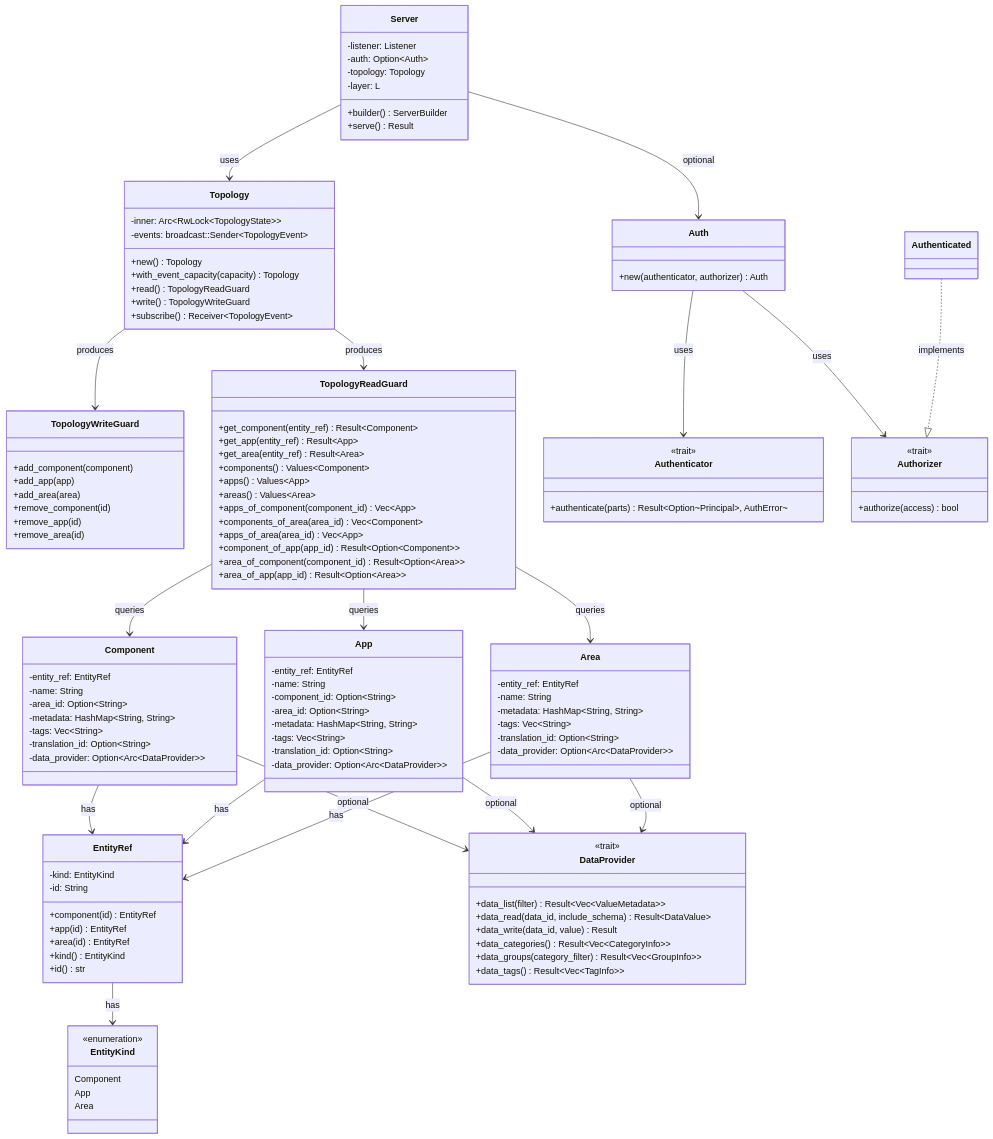
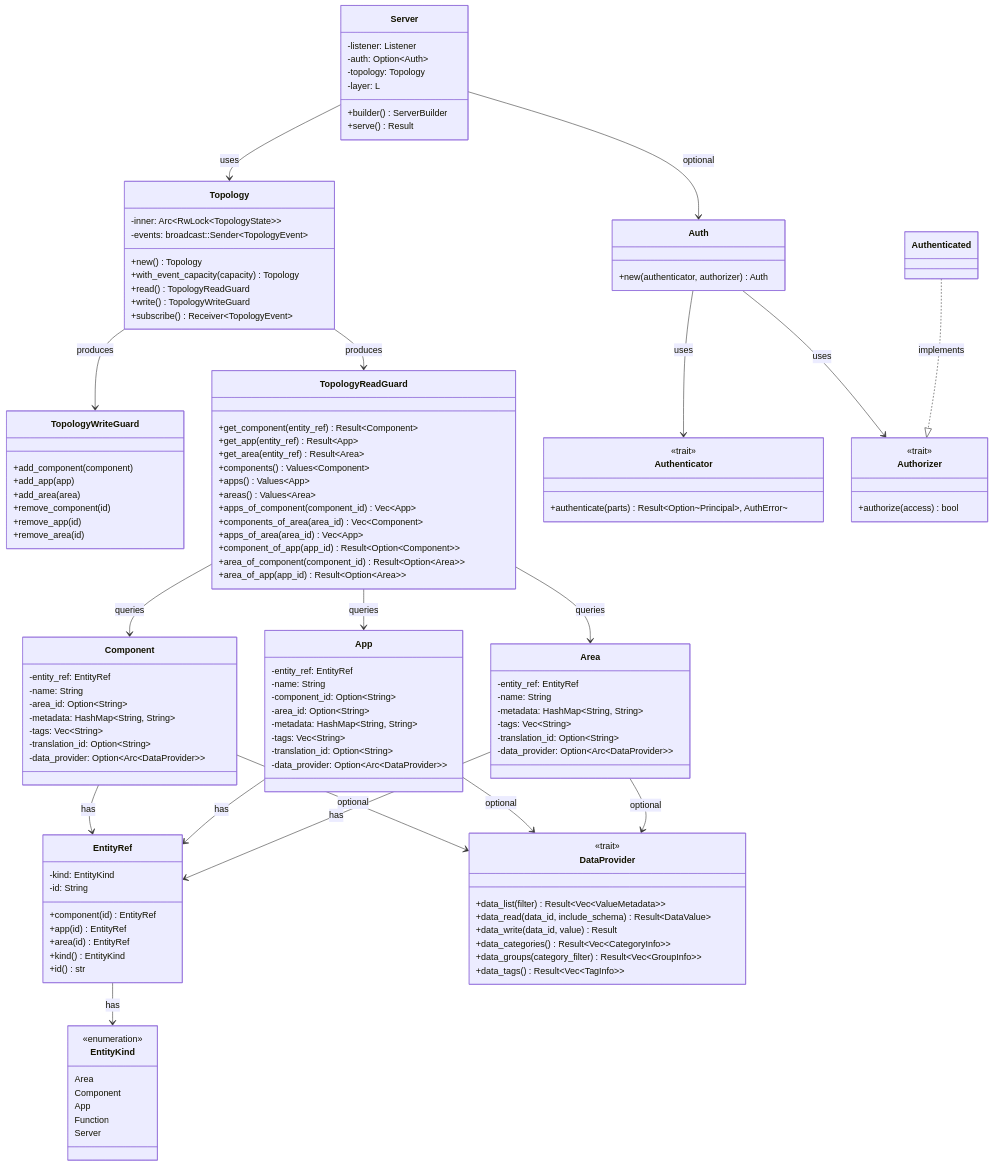
Before and after one commit to eclipse-opensovd/opensovd-core: the first of 2 diagrams in docs/architecture.md, drawn with Mermaid. The commit also changed other lines of this file and 5 other files, not shown here.

```diff
--- a/docs/architecture.md
+++ b/docs/architecture.md
@@ -51,9 +51,11 @@
 
     class EntityKind {
         <<enumeration>>
+        Area
         Component
         App
-        Area
+        Function
+        Server
     }
 
     class EntityRef {
```
